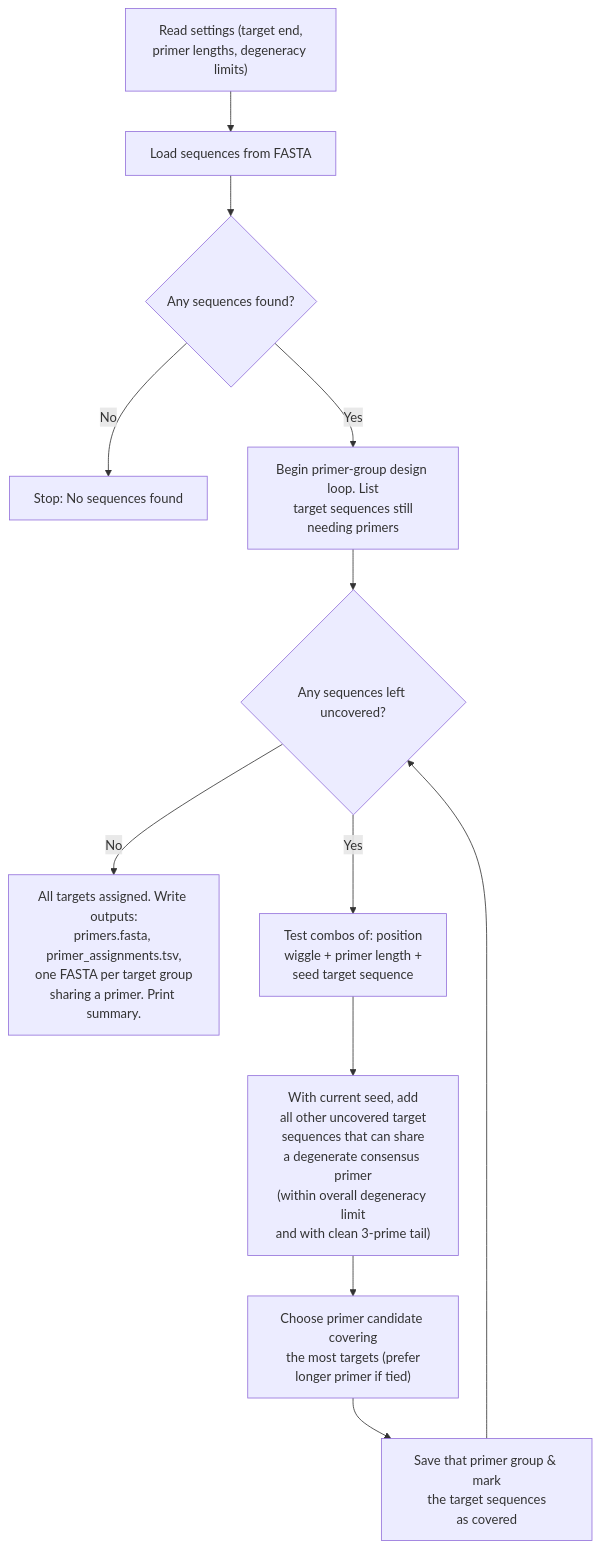
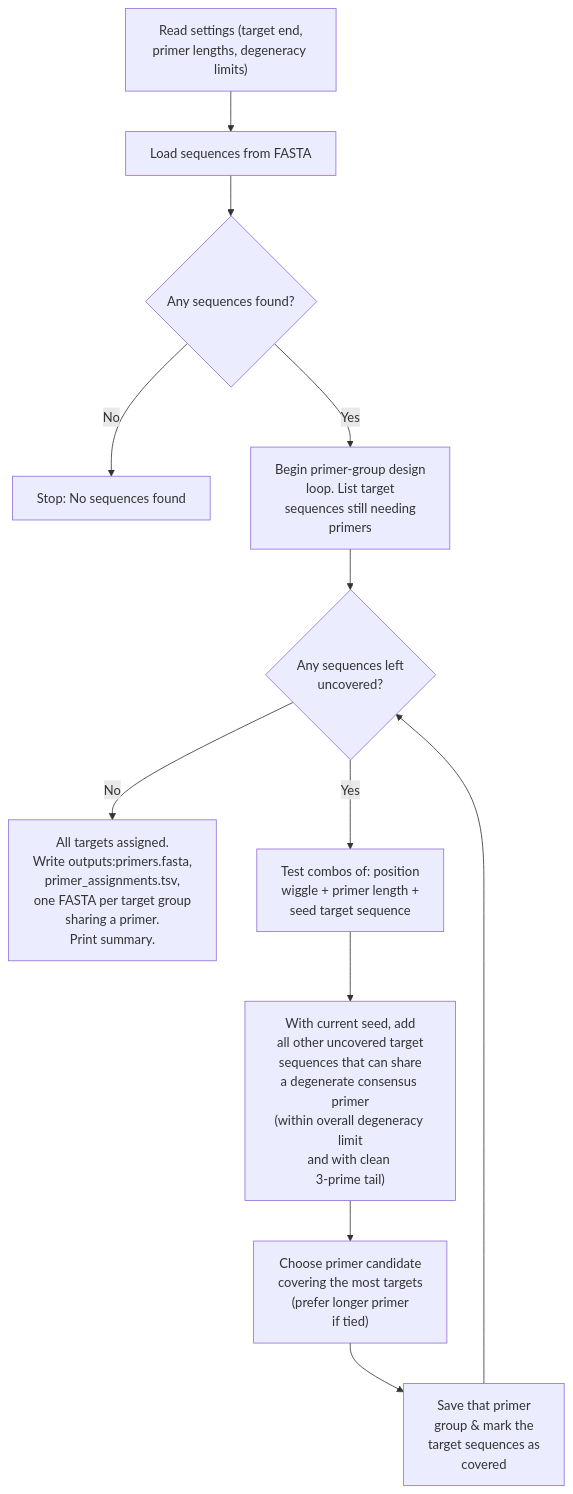
The diagram in README.md (LukeHebert/bcrseq_primers), drawn with Mermaid before and after one commit.

Commit message:
updated README.md mermaid diagram so text doesn't run off the page as seen on GitHub again

````diff
--- a/README.md
+++ b/README.md
@@ -43,14 +43,14 @@
 ```mermaid
 graph TD
 A["Read settings (target end,<br>primer lengths, degeneracy limits)"] --> B["Load sequences from FASTA"]
 B --> C{"Any sequences found?"}
 C -- "No" --> D["Stop: No sequences found"]
-C -- "Yes" --> E["Begin primer-group design loop. List<br>target sequences still<br>needing primers"]
-E --> F{"Any sequences left uncovered?"}
-F -- "No" --> G["All targets assigned. Write outputs:<br>primers.fasta, primer_assignments.tsv,<br>one FASTA per target group<br>sharing a primer. Print summary."]
+C -- "Yes" --> E["Begin primer-group design <br>loop. List target <br>sequences still needing<br> primers"]
+E --> F{"Any sequences left <br>uncovered?"}
+F -- "No" --> G["All targets assigned. <br>Write outputs:primers.fasta,<br> primer_assignments.tsv, <br>one FASTA per target group<br>sharing a primer. <br>Print summary."]
 F -- "Yes" --> H["Test combos of: position<br>wiggle + primer length +<br>seed target sequence"]
-H --> I["With current seed, add<br>all other uncovered target<br>sequences that can share<br>a degenerate consensus primer<br>(within overall degeneracy limit<br>and with clean 3-prime tail)"]
-I --> J["Choose primer candidate covering<br>the most targets (prefer<br>longer primer if tied)"]
-J --> K["Save that primer group & mark<br>the target sequences<br>as covered"]
+H --> I["With current seed, add<br>all other uncovered target<br>sequences that can share<br>a degenerate consensus primer<br>(within overall degeneracy limit<br>and with clean <br>3-prime tail)"]
+I --> J["Choose primer candidate <br>covering the most targets<br> (prefer longer primer <br>if tied)"]
+J --> K["Save that primer <br>group & mark the <br> target sequences as<br> covered"]
 K --> F
 ```
````
